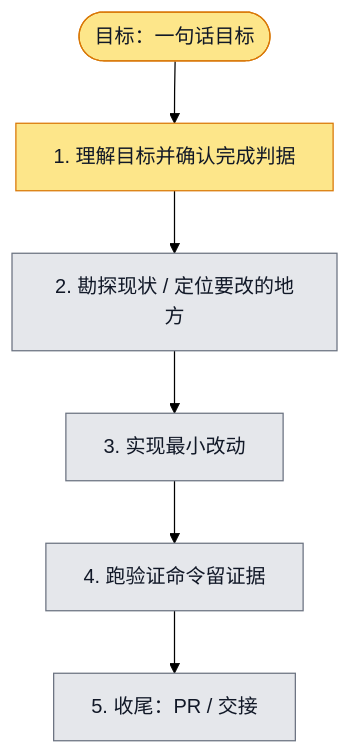
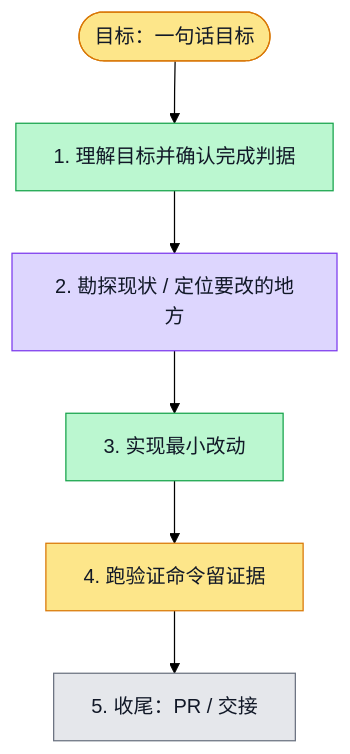
The diagram in phases/phase-21-billing-payment/sprints/sprint-06/plans/F06.plan.md (boardx/workspacex), drawn with Mermaid (forest theme) before and after one commit. The commit also changed 12 other files, not shown here.

````diff
--- a/phases/phase-21-billing-payment/sprints/sprint-06/plans/F06.plan.md
+++ b/phases/phase-21-billing-payment/sprints/sprint-06/plans/F06.plan.md
@@ -17,24 +17,25 @@
 ```mermaid
 flowchart TD
   G([目标：一句话目标])
   S1[1. 理解目标并确认完成判据]
   S2[2. 勘探现状 / 定位要改的地方]
   S3[3. 实现最小改动]
   S4[4. 跑验证命令留证据]
   S5[5. 收尾：PR / 交接]
 
   G --> S1 --> S2 --> S3 --> S4 --> S5
 
   classDef todo fill:#e5e7eb,stroke:#6b7280,color:#111827
   classDef doing fill:#fde68a,stroke:#d97706,color:#111827
   classDef done fill:#bbf7d0,stroke:#16a34a,color:#111827
   classDef tested fill:#ddd6fe,stroke:#7c3aed,color:#111827
   classDef blocked fill:#fecaca,stroke:#dc2626,color:#111827
 
   class G doing
-  class S1 doing
-  class S2 todo
-  class S3 todo
-  class S4 todo
+  class S1 done
+  class S2 tested
+  %% evidence S2: Initial entry RED2fail;404 revocation and PROCESSING regressions reproduced separately
+  class S3 done
+  class S4 doing
   class S5 todo
 ```
````
